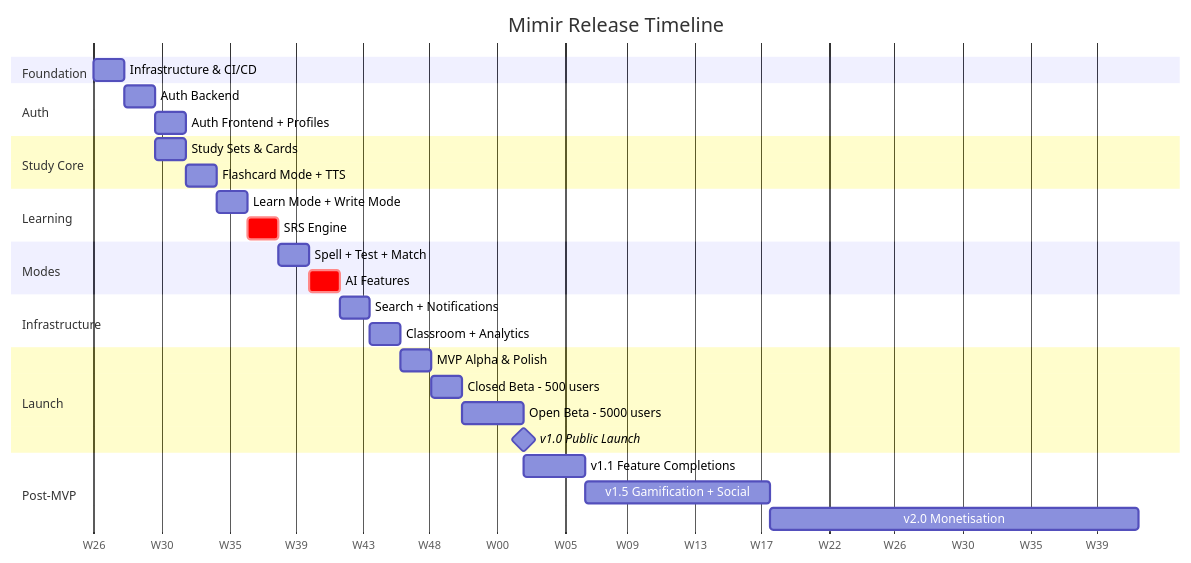
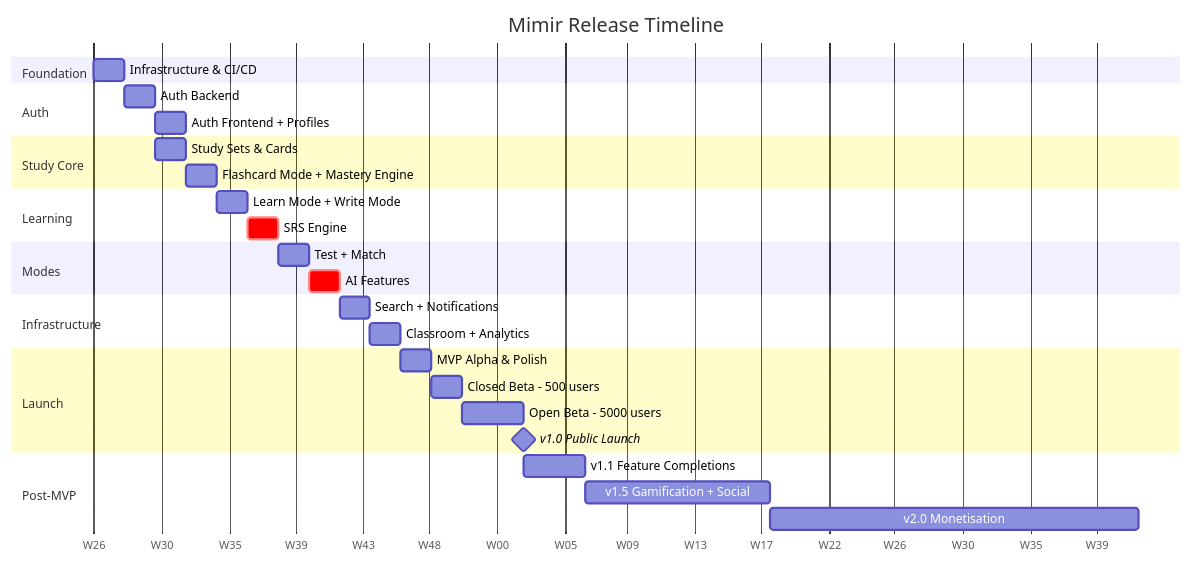
Before and after one commit to Imba-Team/app: the fourth of 4 diagrams in docs/Mimir_Roadmap_v1.md, drawn with Mermaid. The commit also changed other lines of this file and 1 other file, not shown here.

First line of the commit message:
docs: defer TTS and Spell Mode to post-MVP (v1.1)

````diff
--- a/docs/Mimir_Roadmap_v1.md
+++ b/docs/Mimir_Roadmap_v1.md
@@ -988,40 +981,40 @@
 ```mermaid
 gantt
   title Mimir Release Timeline
   dateFormat  YYYY-MM-DD
   axisFormat  W%W
 
   section Foundation
   Infrastructure & CI/CD           :p1, 2026-07-01, 2w
 
   section Auth
   Auth Backend                     :p2a, after p1, 2w
   Auth Frontend + Profiles         :p2b, after p2a, 2w
 
   section Study Core
   Study Sets & Cards               :p3, after p2a, 2w
-  Flashcard Mode + TTS             :p4, after p3, 2w
+  Flashcard Mode + Mastery Engine  :p4, after p3, 2w
 
   section Learning
   Learn Mode + Write Mode          :p5, after p4, 2w
   SRS Engine                       :crit, p6, after p5, 2w
 
   section Modes
-  Spell + Test + Match             :p7, after p6, 2w
+  Test + Match                     :p7, after p6, 2w
   AI Features                      :crit, p8, after p7, 2w
 
   section Infrastructure
   Search + Notifications           :p9, after p8, 2w
   Classroom + Analytics            :p10, after p9, 2w
 
   section Launch
   MVP Alpha & Polish               :p11, after p10, 2w
   Closed Beta - 500 users          :p12, after p11, 2w
   Open Beta - 5000 users           :p13, after p12, 4w
   v1.0 Public Launch               :milestone, m1, after p13, 0d
 
   section Post-MVP
   v1.1 Feature Completions         :p14, after m1, 4w
   v1.5 Gamification + Social       :p15, after p14, 12w
   v2.0 Monetisation                :p16, after p15, 24w
 ```
````
